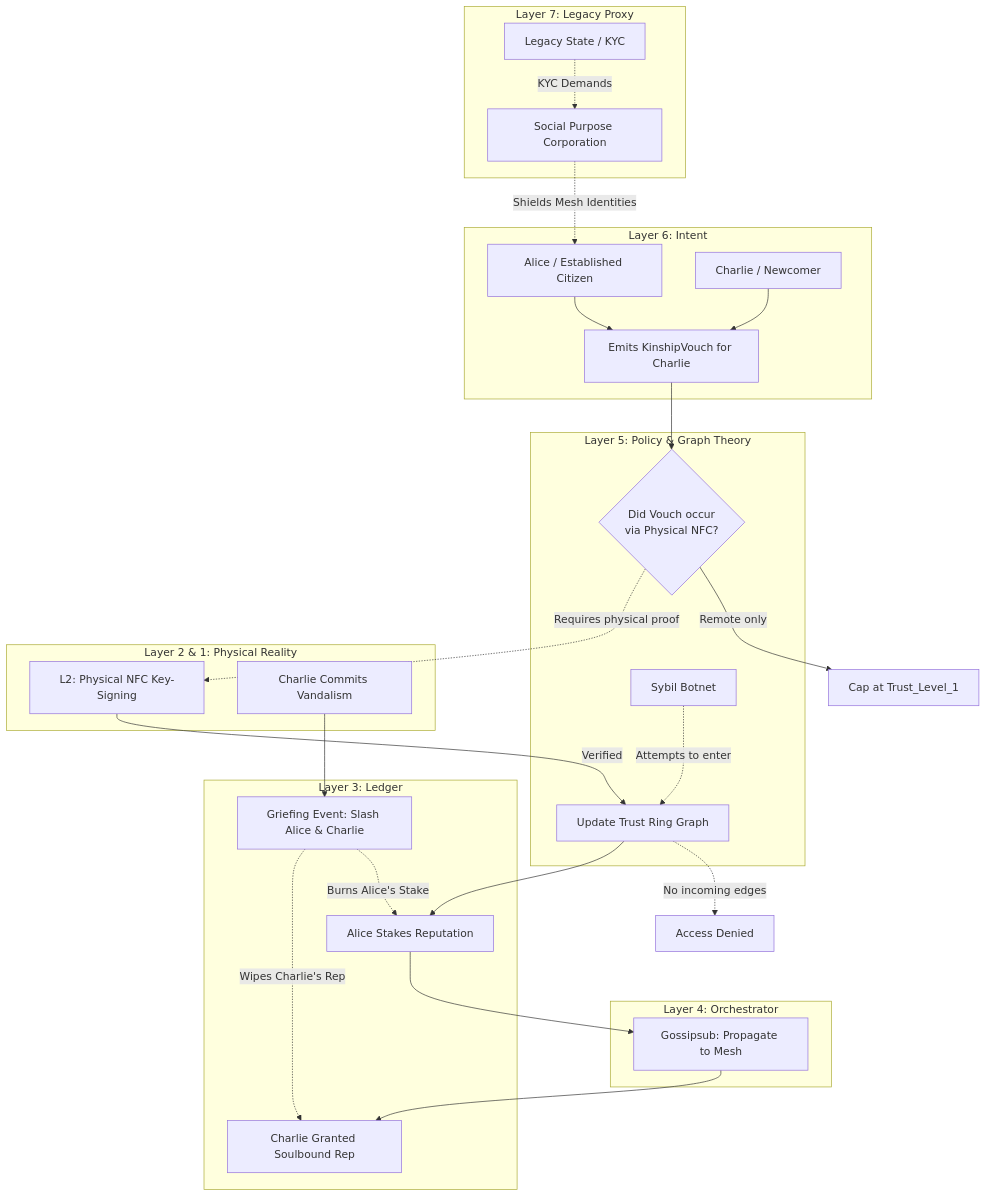
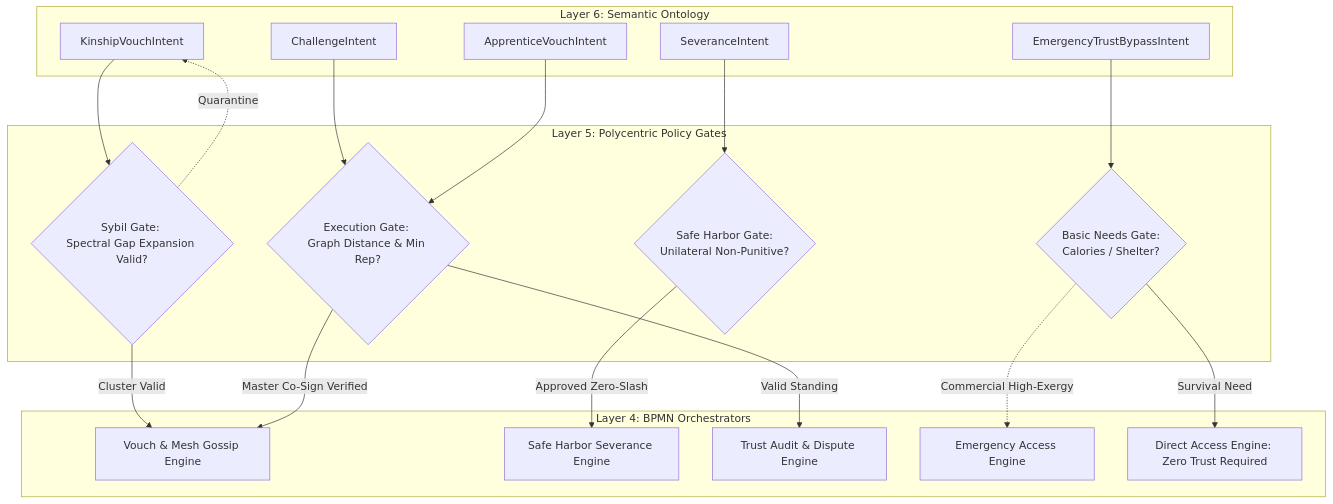
Before and after one commit to raffaine/collective: the third of 4 diagrams in docs/scenarios/omicron_kinship.md, drawn with Mermaid. The commit also changed other lines of this file and 62 other files, not shown here.

First line of the commit message:
feat(sprint-1): Oasis V4 WebGPU Engine & Sovereign Stack V2 Architecture

````diff
--- a/docs/scenarios/omicron_kinship.md
+++ b/docs/scenarios/omicron_kinship.md
@@ -45,60 +116,43 @@
 ```mermaid
 graph TD
-    subgraph Layer 7: Legacy Proxy
-        State[Legacy State / KYC]
-        SPC[Social Purpose Corporation]
+    subgraph Layer 6: Semantic Ontology
+        L6_Vouch[KinshipVouchIntent]
+        L6_Sev[SeveranceIntent]
+        L6_Chal[ChallengeIntent]
+        L6_App[ApprenticeVouchIntent]
+        L6_Emg[EmergencyTrustBypassIntent]
     end
 
-    subgraph Layer 6: Intent
-        Alice[Alice / Established Citizen]
-        Charlie[Charlie / Newcomer]
-        Vouch[Emits KinshipVouch for Charlie]
+    subgraph Layer 5: Polycentric Policy Gates
+        P_Basic{Basic Needs Gate: <br>Calories / Shelter?}
+        P_Exec{Execution Gate: <br>Graph Distance & Min Rep?}
+        P_Safe{Safe Harbor Gate: <br>Unilateral Non-Punitive?}
+        P_Sybil{Sybil Gate: <br>Spectral Gap Expansion Valid?}
     end
 
-    subgraph Layer 5: Policy & Graph Theory
-        L2Check{Did Vouch occur <br> via Physical NFC?}
-        Graph[Update Trust Ring Graph]
-        Sybil[Sybil Botnet]
+    subgraph Layer 4: BPMN Orchestrators
+        BPMN_Vouch[Vouch & Mesh Gossip Engine]
+        BPMN_Safe[Safe Harbor Severance Engine]
+        BPMN_Audit[Trust Audit & Dispute Engine]
+        BPMN_Bypass[Emergency Access Engine]
+        BPMN_Direct[Direct Access Engine: Zero Trust Required]
     end
 
-    subgraph Layer 4: Orchestrator
-        Gossip[Gossipsub: Propagate to Mesh]
-    end
+    %% Routing Logic
+    L6_Vouch --> P_Sybil
+    P_Sybil -->|Cluster Valid| BPMN_Vouch
+    P_Sybil -.->|Quarantine| L6_Vouch
 
-    subgraph Layer 3: Ledger
-        Stake[Alice Stakes Reputation]
-        RepMint[Charlie Granted Soulbound Rep]
-        Slash[Griefing Event: Slash Alice & Charlie]
-    end
+    L6_Sev --> P_Safe
+    P_Safe -->|Approved Zero-Slash| BPMN_Safe
 
-    subgraph Layer 2 & 1: Physical Reality
-        NFC[L2: Physical NFC Key-Signing]
-        Action[Charlie Commits Vandalism]
-    end
+    L6_Chal --> P_Exec
+    P_Exec -->|Valid Standing| BPMN_Audit
 
-    %% Legacy Shielding
-    State -.->|KYC Demands| SPC
-    SPC -.->|Shields Mesh Identities| Alice
+    L6_App --> P_Exec
+    P_Exec -->|Master Co-Sign Verified| BPMN_Vouch
 
-    %% Vouching Flow
-    Alice --> Vouch
-    Charlie --> Vouch
-    Vouch --> L2Check
-    
-    L2Check -.->|Requires physical proof| NFC
-    NFC -->|Verified| Graph
-    L2Check -->|Remote only| Limit[Cap at Trust_Level_1]
-    
-    Graph --> Stake
-    Stake --> Gossip
-    Gossip --> RepMint
-    
-    %% Sybil Defense
-    Sybil -.->|Attempts to enter| Graph
-    Graph -.->|No incoming edges| Blocked[Access Denied]
-
-    %% Slashing Flow
-    Action --> Slash
-    Slash -.->|Wipes Charlie's Rep| RepMint
-    Slash -.->|Burns Alice's Stake| Stake
+    L6_Emg --> P_Basic
+    P_Basic -->|Survival Need| BPMN_Direct
+    P_Basic -.->|Commercial High-Exergy| BPMN_Bypass
 ```
````
